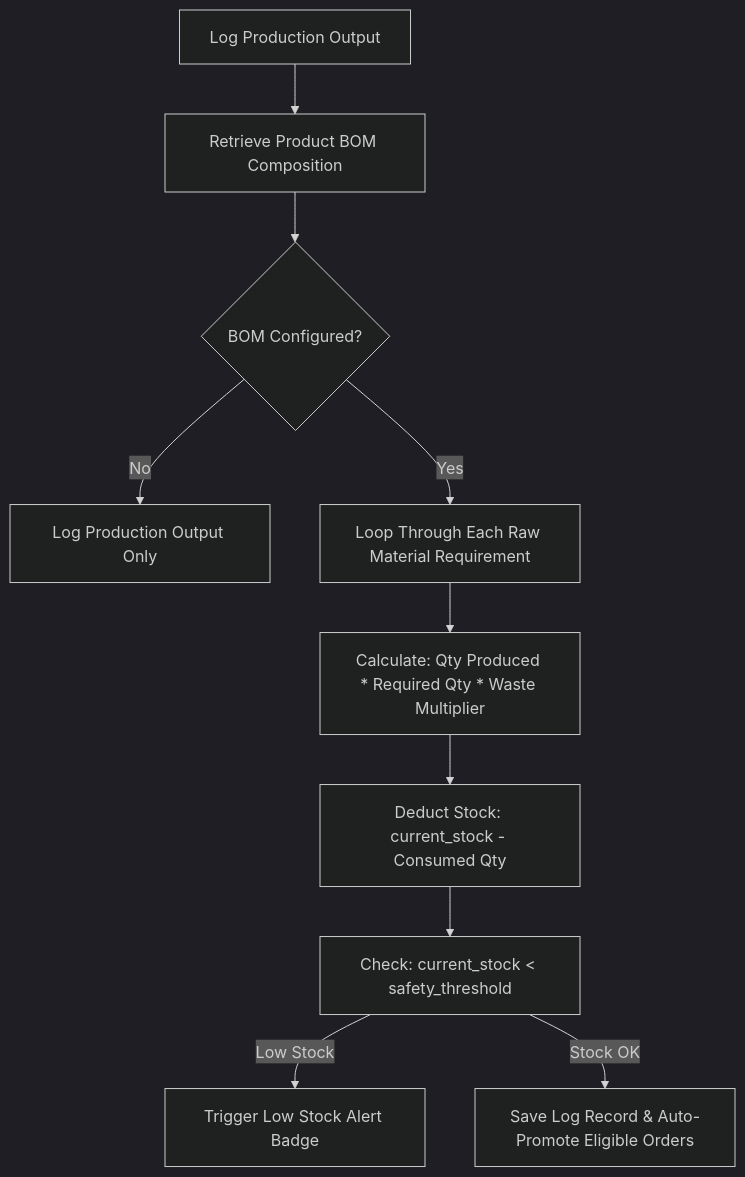
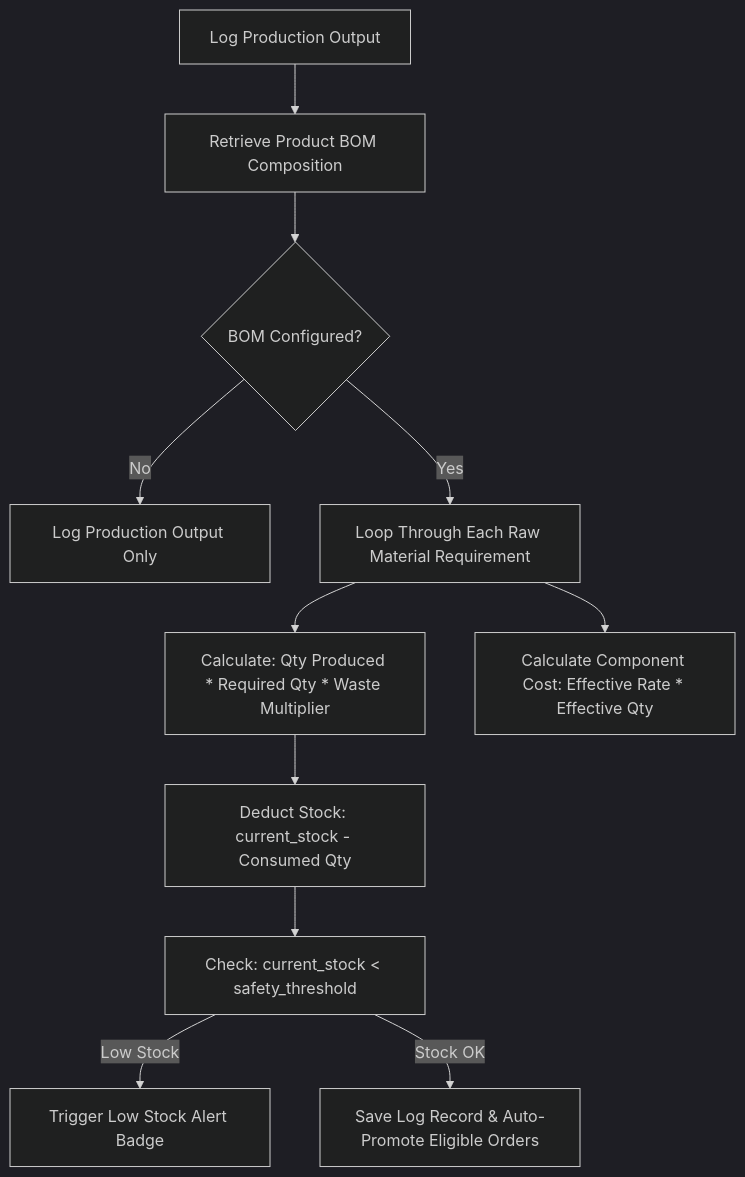
The second of 3 diagrams in SYSTEM_ARCHITECTURE.md (themeetkapuriya-sketch/pww), drawn with Mermaid (dark theme) before and after one commit. The commit also changed other lines of this file and 83 other files, not shown here.

Commit message:
feat: consolidate migrations, add BOM unit rate simulator, auto purchase price recalculation, and system documentation

````diff
--- a/SYSTEM_ARCHITECTURE.md
+++ b/SYSTEM_ARCHITECTURE.md
@@ -46,12 +60,13 @@
 ```mermaid
 flowchart TD
     A[Log Production Output] --> B[Retrieve Product BOM Composition]
     B --> C{BOM Configured?}
     C -- No --> D[Log Production Output Only]
     C -- Yes --> E[Loop Through Each Raw Material Requirement]
     E --> F[Calculate: Qty Produced * Required Qty * Waste Multiplier]
-    F --> G[Deduct Stock: current_stock - Consumed Qty]
-    G --> H[Check: current_stock < safety_threshold]
-    H -- Low Stock --> I[Trigger Low Stock Alert Badge]
-    H -- Stock OK --> J[Save Log Record & Auto-Promote Eligible Orders]
+    E --> G[Calculate Component Cost: Effective Rate * Effective Qty]
+    F --> H[Deduct Stock: current_stock - Consumed Qty]
+    H --> I[Check: current_stock < safety_threshold]
+    I -- Low Stock --> J[Trigger Low Stock Alert Badge]
+    I -- Stock OK --> K[Save Log Record & Auto-Promote Eligible Orders]
 ```
````
